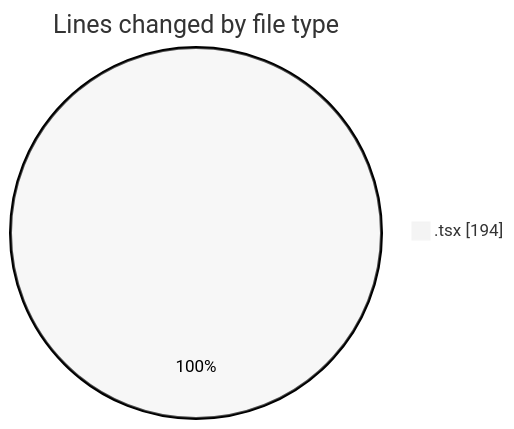
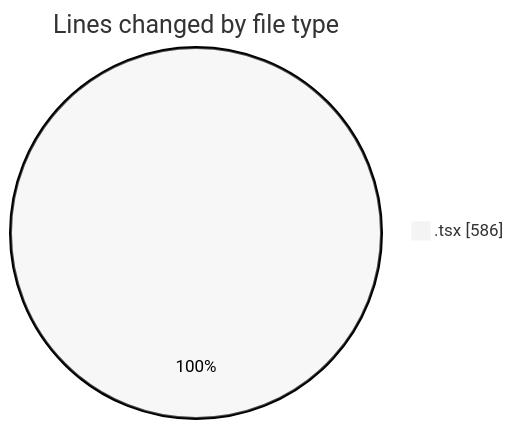
The first of 2 diagrams in 2026-07-10/nxtqube_webapp/README.md (nxtqubesakshisongat/code-tracking), drawn with Mermaid (neutral theme) before and after one commit. The commit also changed other lines of this file and 1 other file, not shown here.

````diff
--- a/2026-07-10/nxtqube_webapp/README.md
+++ b/2026-07-10/nxtqube_webapp/README.md
@@ -22,5 +23,5 @@
 ```mermaid
 pie showData
 title Lines changed by file type
-".tsx" : 194
+".tsx" : 586
 ```
````
